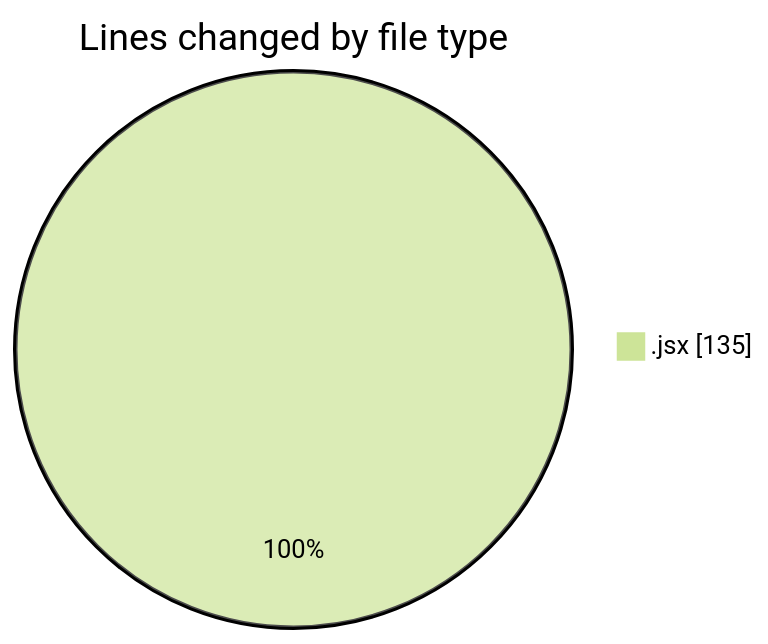
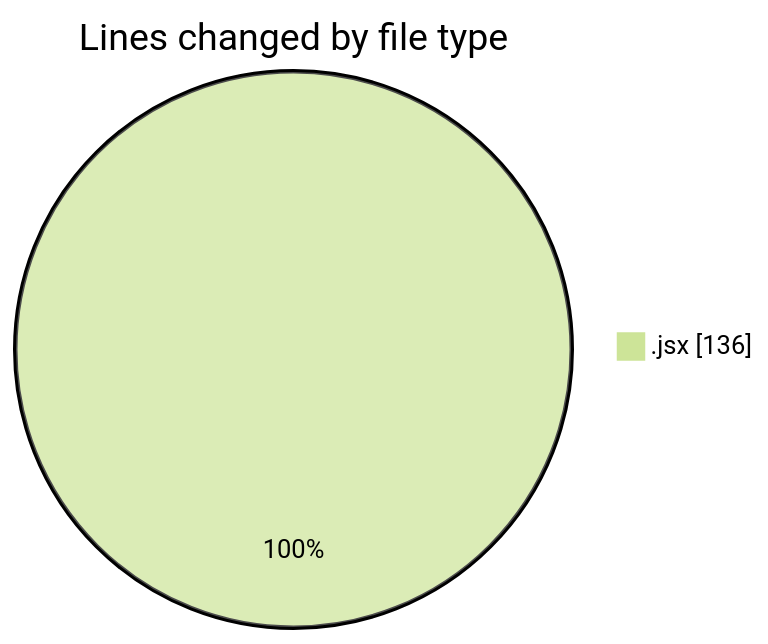
One commit to JenPaints/code-tracking changed the first of 2 diagrams in 2025-06-20/3d-gsap-scroll-template-main/README.md. Above: the diagram before and after it, drawn with Mermaid (forest theme). The commit also changed other lines of this file and 1 other file, not shown here.

````diff
--- a/2025-06-20/3d-gsap-scroll-template-main/README.md
+++ b/2025-06-20/3d-gsap-scroll-template-main/README.md
@@ -22,5 +22,5 @@
 ```mermaid
 pie showData
 title Lines changed by file type
-".jsx" : 135
+".jsx" : 136
 ```
````
